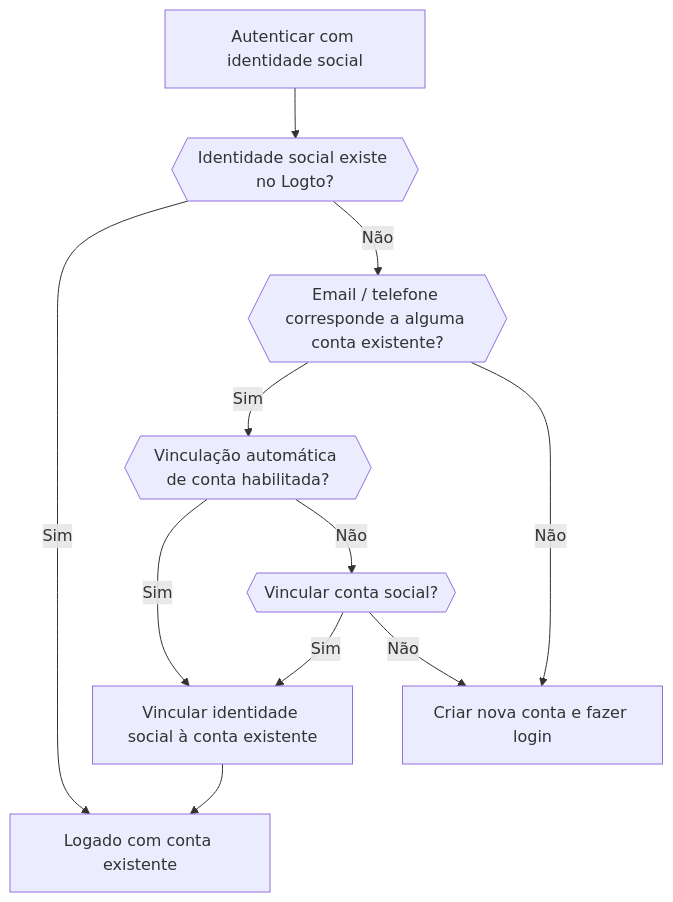
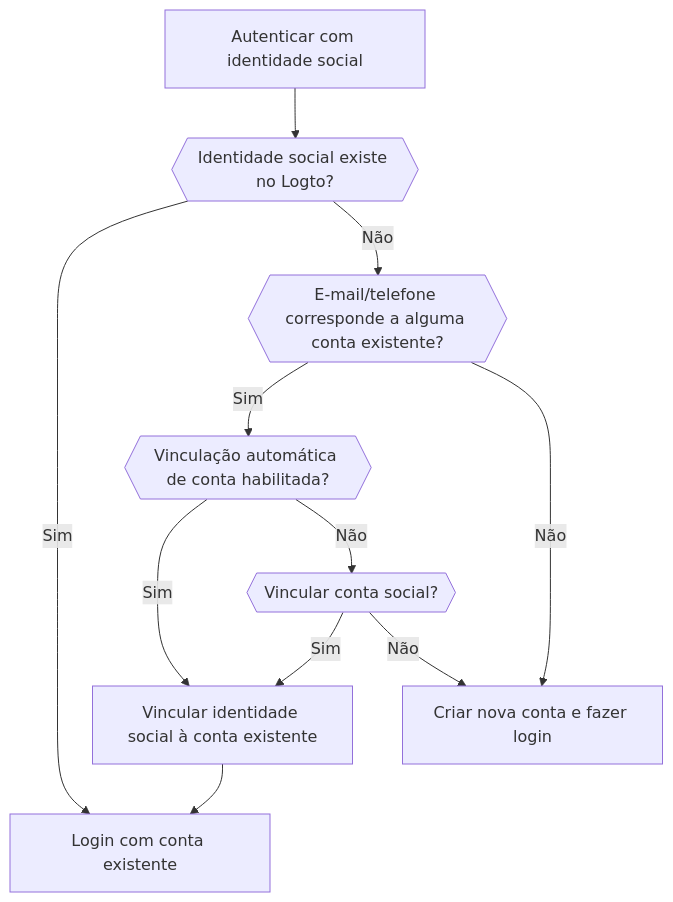
Before and after one commit to logto-io/docs: the second of 6 diagrams in i18n/pt-BR/docusaurus-plugin-content-docs/current/end-user-flows/sign-up-and-sign-in/social-sign-in.mdx, drawn with Mermaid. The commit also changed other lines of this file and 59 other files, not shown here.

````diff
--- a/i18n/pt-BR/docusaurus-plugin-content-docs/current/end-user-flows/sign-up-and-sign-in/social-sign-in.mdx
+++ b/i18n/pt-BR/docusaurus-plugin-content-docs/current/end-user-flows/sign-up-and-sign-in/social-sign-in.mdx
@@ -105,13 +80,13 @@
     ```mermaid
     flowchart TD
     A[Autenticar com identidade social] --> B{{Identidade social existe no Logto?}}
-    B -- Sim --> C[Logado com conta existente]
-    B -- Não --> D{{Email / telefone corresponde a alguma conta existente?}}
+    B -- Sim --> C[Login com conta existente]
+    B -- Não --> D{{E-mail/telefone corresponde a alguma conta existente?}}
     D -- Sim --> E{{Vinculação automática de conta habilitada?}}
     E -- Sim --> G[Vincular identidade social à conta existente]
     G --> C
     D -- Não --> H[Criar nova conta e fazer login]
     E -- Não --> I{{Vincular conta social?}}
     I -- Sim --> G
     I -- Não --> H
     ```
````
